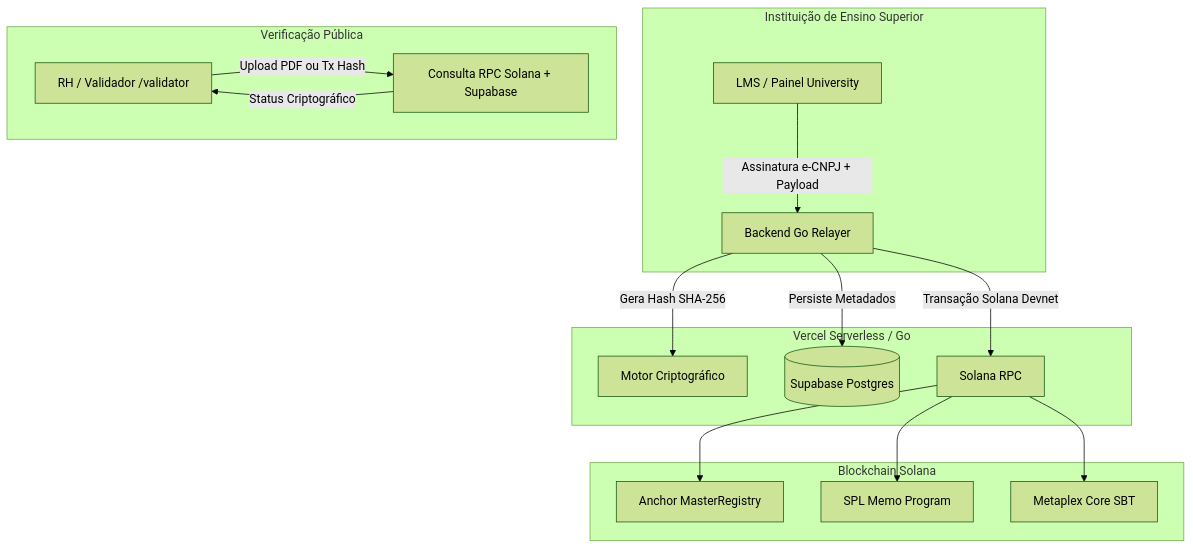
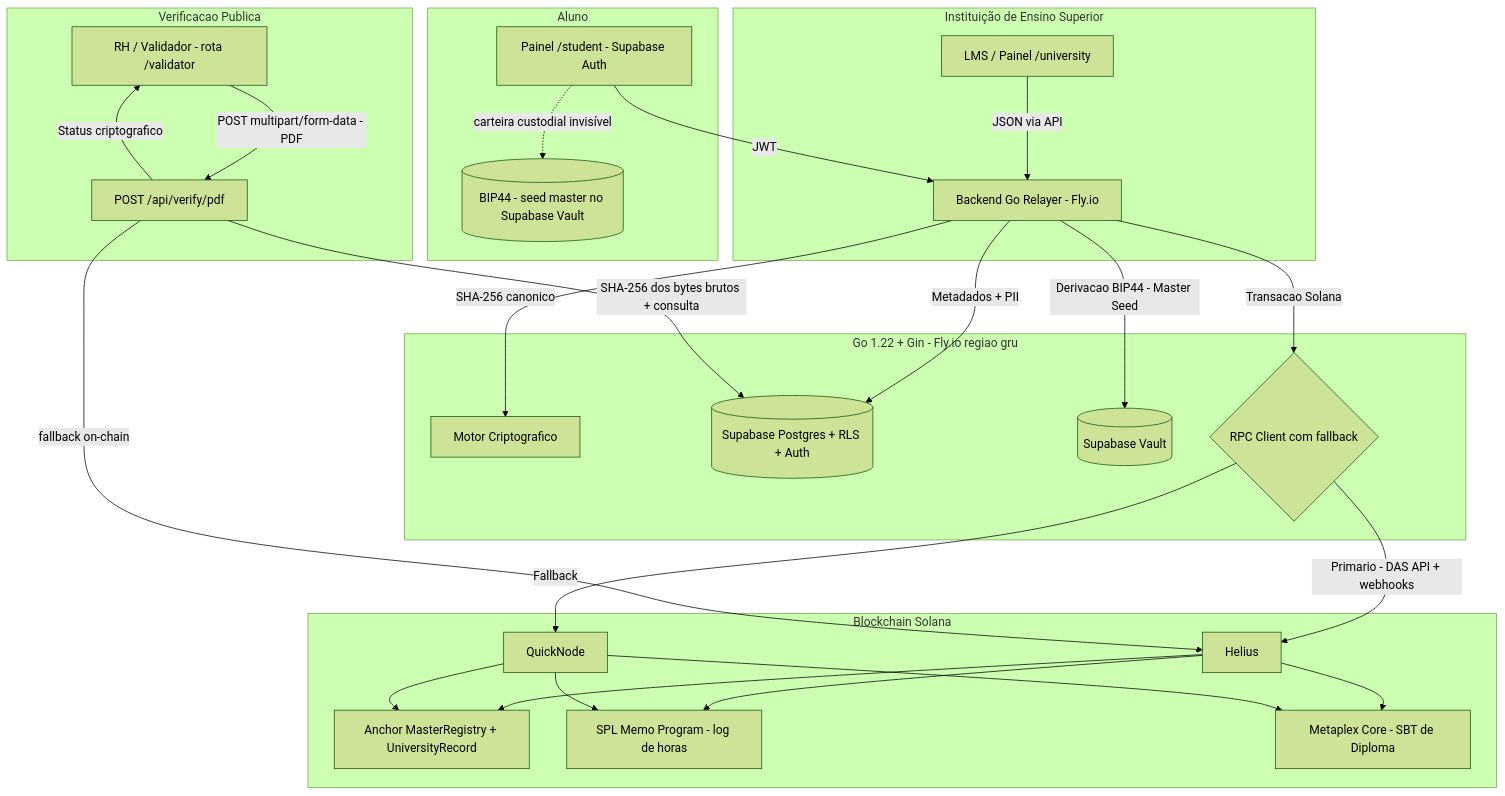
The diagram in docs/01_architecture_overview.md (alexmsza/LattesChain), drawn with Mermaid (forest theme) before and after one commit. The commit also changed other lines of this file and 35 other files, not shown here.

Commit message:
feat: initialize project structure with architecture docs, ADRs, agent rules, and core Go/Solana backend framework

````diff
--- a/docs/01_architecture_overview.md
+++ b/docs/01_architecture_overview.md
@@ -12,23 +18,37 @@
 ```mermaid
 graph TD
     subgraph Emissor_IES [Instituição de Ensino Superior]
-        A[LMS / Painel University] -->|Assinatura e-CNPJ + Payload| B[Backend Go Relayer]
+        A[LMS / Painel /university] -->|JSON via API| B[Backend Go Relayer - Fly.io]
     end
 
-    subgraph Relayer_OffChain [Vercel Serverless / Go]
-        B -->|Gera Hash SHA-256| B1[Motor Criptográfico]
-        B -->|Persiste Metadados| C[(Supabase Postgres)]
-        B -->|Transação Solana Devnet| D[Solana RPC]
+    subgraph Aluno
+        S[Painel /student - Supabase Auth] -->|JWT| B
+        S -.->|carteira custodial invisível| W[(BIP44 - seed master no Supabase Vault)]
     end
 
-    subgraph OnChain_Solana [Blockchain Solana]
-        D --> E[Anchor MasterRegistry]
-        D --> F[SPL Memo Program]
-        D --> G[Metaplex Core SBT]
+    subgraph Relayer_OffChain [Go 1.22 + Gin - Fly.io regiao gru]
+        B -->|SHA-256 canonico| B1[Motor Criptografico]
+        B -->|Metadados + PII| C[(Supabase Postgres + RLS + Auth)]
+        B -->|Derivacao BIP44 - Master Seed| C2[(Supabase Vault)]
+        B -->|Transacao Solana| R{RPC Client com fallback}
     end
 
-    subgraph Validador_RH [Verificação Pública]
-        H[RH / Validador /validator] -->|Upload PDF ou Tx Hash| I[Consulta RPC Solana + Supabase]
-        I -->|Status Criptográfico| H
+    R -->|Primario - DAS API + webhooks| H[Helius]
+    R -->|Fallback| Q[QuickNode]
+
+    subgraph OnChain_Solana [Blockchain Solana]
+        H --> E[Anchor MasterRegistry + UniversityRecord]
+        H --> F[SPL Memo Program - log de horas]
+        H --> G[Metaplex Core - SBT de Diploma]
+        Q --> E
+        Q --> F
+        Q --> G
+    end
+
+    subgraph Validador_RH [Verificacao Publica]
+        V[RH / Validador - rota /validator] -->|POST multipart/form-data - PDF| B2[POST /api/verify/pdf]
+        B2 -->|SHA-256 dos bytes brutos + consulta| C
+        B2 -->|fallback on-chain| H
+        B2 -->|Status criptografico| V
     end
 ```
````
